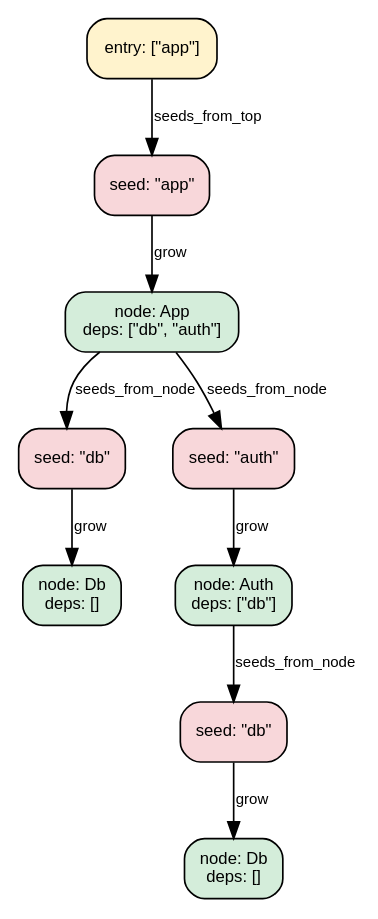
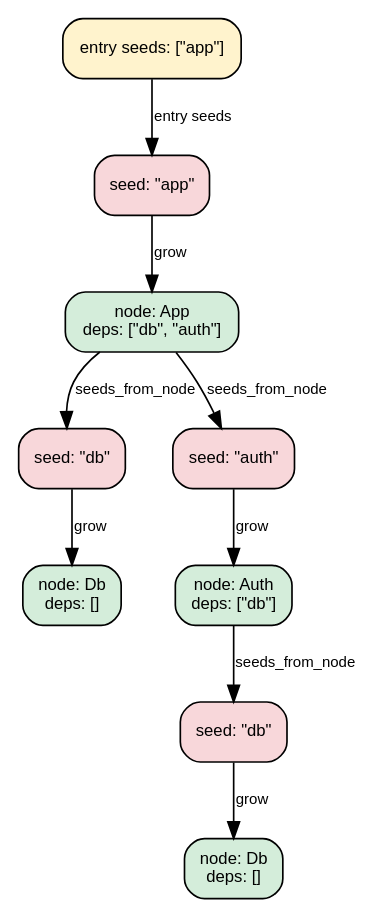
The diagram in book/src/guides/seed_pipeline.md (hylic-recursion/hylic-docs), drawn with Graphviz before and after one commit. The commit also changed other lines of this file and 6 other files, not shown here.

````diff
--- a/book/src/guides/seed_pipeline.md
+++ b/book/src/guides/seed_pipeline.md
@@ -32,26 +34,26 @@
 ```dot process
 digraph {
     rankdir=TB;
     node [shape=box, style="rounded,filled", fontname="sans-serif", fontsize=10];
     edge [fontname="sans-serif", fontsize=9];
 
-    top [label="entry: [\"app\"]", fillcolor="#fff3cd"];
+    top [label="entry seeds: [\"app\"]", fillcolor="#fff3cd"];
     s0 [label="seed: \"app\"", fillcolor="#f8d7da"];
     n0 [label="node: App\ndeps: [\"db\", \"auth\"]", fillcolor="#d4edda"];
     s1 [label="seed: \"db\"", fillcolor="#f8d7da"];
     s2 [label="seed: \"auth\"", fillcolor="#f8d7da"];
     n1 [label="node: Db\ndeps: []", fillcolor="#d4edda"];
     n2 [label="node: Auth\ndeps: [\"db\"]", fillcolor="#d4edda"];
     s3 [label="seed: \"db\"", fillcolor="#f8d7da"];
     n3 [label="node: Db\ndeps: []", fillcolor="#d4edda"];
 
-    top -> s0 [label="seeds_from_top"];
+    top -> s0 [label="entry seeds"];
     s0 -> n0 [label="grow"];
     n0 -> s1 [label="seeds_from_node"];
     n0 -> s2 [label="seeds_from_node"];
     s1 -> n1 [label="grow"];
     s2 -> n2 [label="grow"];
     n2 -> s3 [label="seeds_from_node"];
     s3 -> n3 [label="grow"];
 }
 ```
````
